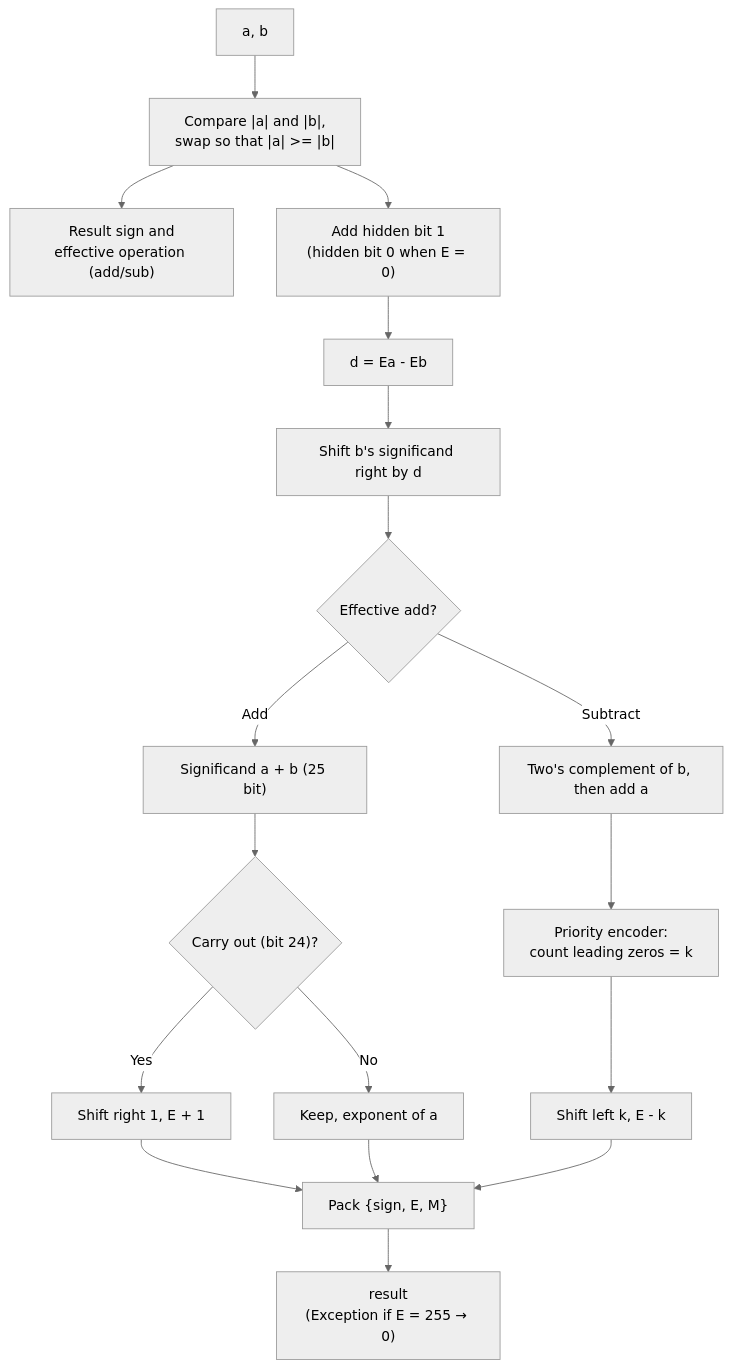
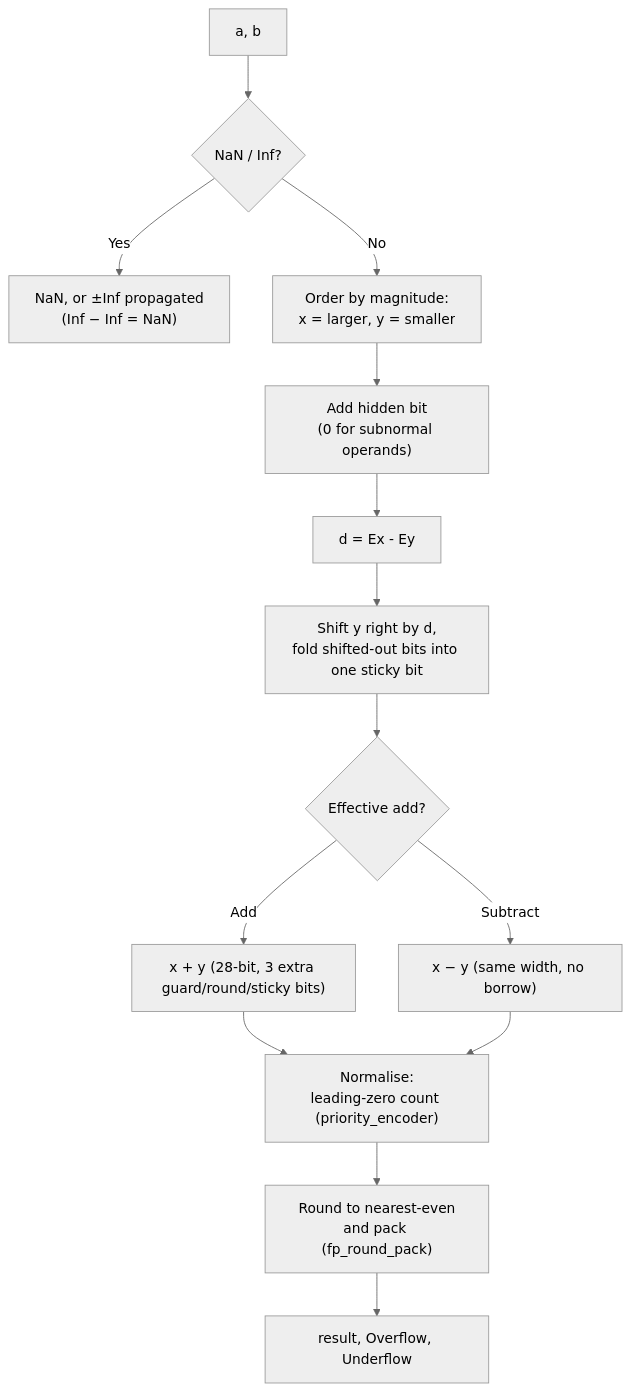
Before and after one commit to tdviet2011/ALU-PLOATING-POINT: the third of 6 diagrams in README.md, drawn with Mermaid (neutral theme). The commit also changed other lines of this file and 16 other files, not shown here.

````diff
--- a/README.md
+++ b/README.md
@@ -101,20 +106,16 @@
 ```mermaid
 flowchart TD
-    IN["a, b"] --> SWAP["Compare |a| and |b|,<br/>swap so that |a| >= |b|"]
-    SWAP --> SGN["Result sign and<br/>effective operation (add/sub)"]
-    SWAP --> HID["Add hidden bit 1<br/>(hidden bit 0 when E = 0)"]
-    HID --> DIFF["d = Ea - Eb"]
-    DIFF --> SHIFT["Shift b's significand right by d"]
+    IN["a, b"] --> SPC{"NaN / Inf?"}
+    SPC -->|Yes| SPCOUT["NaN, or ±Inf propagated<br/>(Inf − Inf = NaN)"]
+    SPC -->|No| SWAP["Order by magnitude:<br/>x = larger, y = smaller"]
+    SWAP --> HID["Add hidden bit<br/>(0 for subnormal operands)"]
+    HID --> DIFF["d = Ex - Ey"]
+    DIFF --> SHIFT["Shift y right by d,<br/>fold shifted-out bits into one sticky bit"]
     SHIFT --> OP{"Effective add?"}
-    OP -->|Add| SUM["Significand a + b (25 bit)"]
-    OP -->|Subtract| COMP["Two's complement of b, then add a"]
-    SUM --> CARRY{"Carry out (bit 24)?"}
-    CARRY -->|Yes| NORM1["Shift right 1, E + 1"]
-    CARRY -->|No| NORM2["Keep, exponent of a"]
-    COMP --> PE["Priority encoder:<br/>count leading zeros = k"]
-    PE --> NORM3["Shift left k, E - k"]
-    NORM1 --> OUT["Pack {sign, E, M}"]
-    NORM2 --> OUT
-    NORM3 --> OUT
-    OUT --> RES["result<br/>(Exception if E = 255 → 0)"]
+    OP -->|Add| SUM["x + y (28-bit, 3 extra guard/round/sticky bits)"]
+    OP -->|Subtract| COMP["x − y (same width, no borrow)"]
+    SUM --> NORM["Normalise:<br/>leading-zero count (priority_encoder)"]
+    COMP --> NORM
+    NORM --> RND["Round to nearest-even<br/>and pack (fp_round_pack)"]
+    RND --> RES["result, Overflow, Underflow"]
 ```
````
